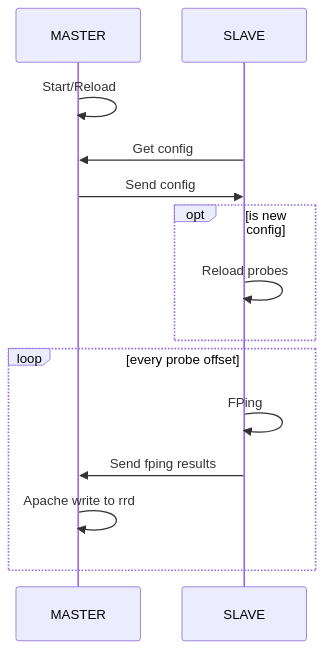
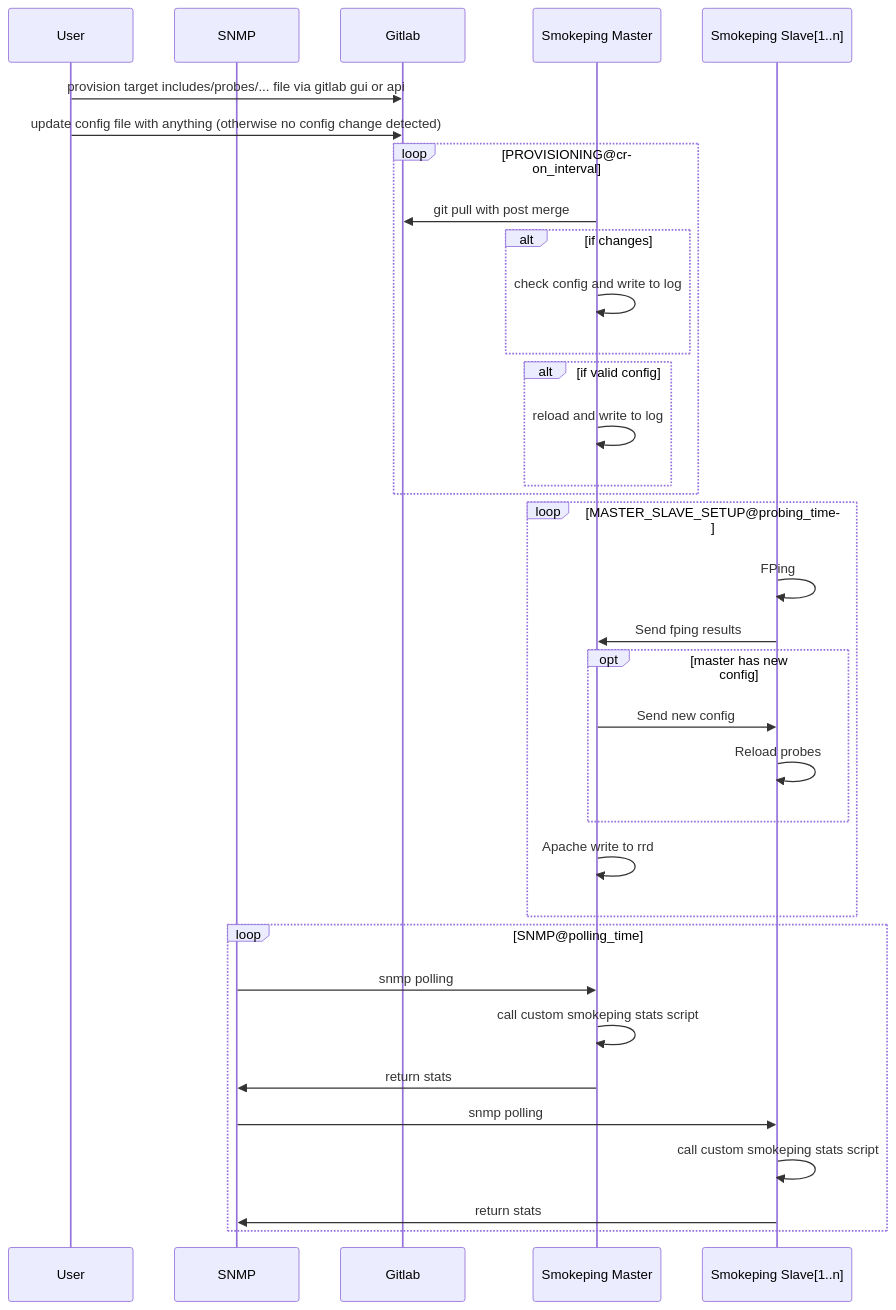
The diagram in README.md (mzsombor/smokeping_scripts), drawn with Mermaid before and after one commit.

````diff
--- a/README.md
+++ b/README.md
@@ -3,16 +3,37 @@
 ```mermaid
 sequenceDiagram
-    participant M as MASTER
-    participant S as SLAVE
-    M->>M: Start/Reload
-    S->>M: Get config
-    M->>S: Send config
-    opt is new config
-        S->>S: Reload probes
+    participant User;
+    participant SNMP;
+    participant Gitlab;
+    participant SPM as Smokeping Master
+    participant SPS as Smokeping Slave[1..n]
+    User ->> Gitlab: provision target includes/probes/... file via gitlab gui or api
+    User ->> Gitlab: update config file with anything (otherwise no config change detected)
+    loop PROVISIONING@cron_interval
+        SPM ->> Gitlab: git pull with post merge
+        alt if changes
+            SPM ->> SPM: check config and write to log
+        end
+        alt if valid config
+            SPM ->> SPM: reload and write to log
+        end
     end
-    loop every probe offset
-        S->>S: FPing
-        S->>M: Send fping results
-        M->>M: Apache write to rrd
+    loop MASTER_SLAVE_SETUP@probing_time
+        SPS->>SPS: FPing
+        SPS->>SPM: Send fping results
+        opt master has new config
+            SPM ->> SPS: Send new config
+            SPS ->> SPS: Reload probes
+        end          
+        SPM->>SPM: Apache write to rrd
     end
+    loop SNMP@polling_time
+        SNMP ->> SPM: snmp polling
+        SPM ->> SPM: call custom smokeping stats script
+        SPM ->> SNMP: return stats
+        SNMP ->> SPS: snmp polling
+        SPS ->> SPS: call custom smokeping stats script
+        SPS ->> SNMP: return stats
+    end
+
 ```
````
